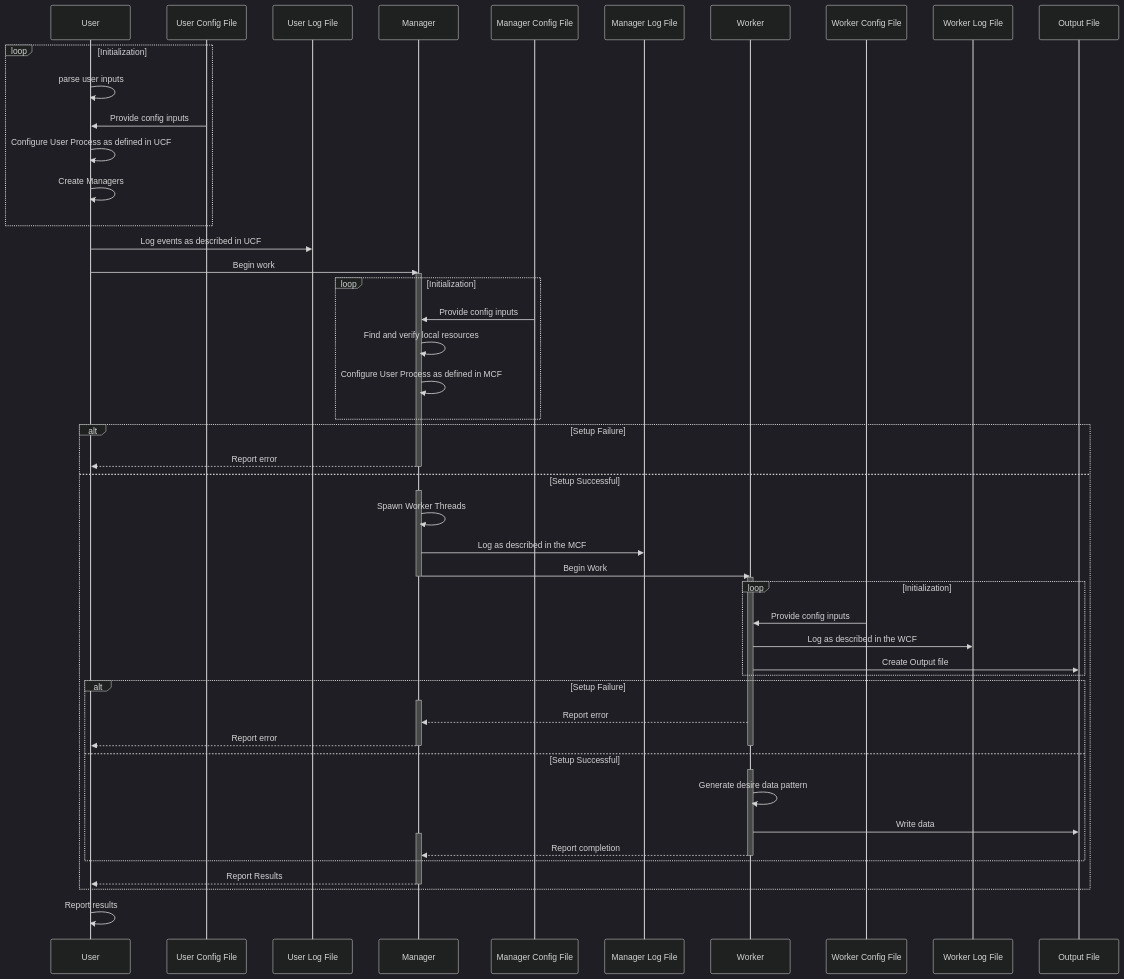
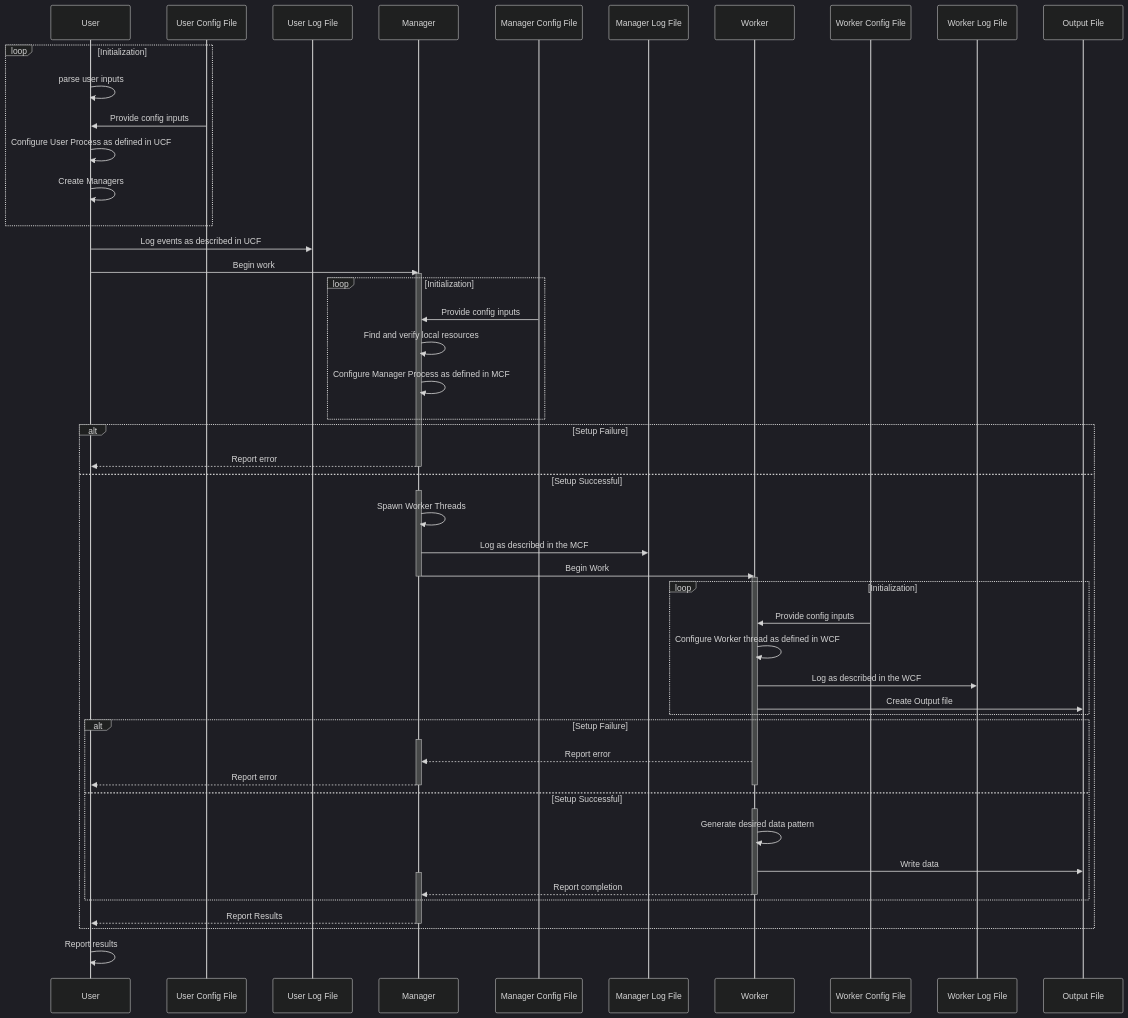
The diagram in SYSTEM_DESIGN.md (sBuiltaJr/wordGen), drawn with Mermaid (dark theme) before and after one commit. The commit also changed 4 other files, not shown here.

````diff
--- a/SYSTEM_DESIGN.md
+++ b/SYSTEM_DESIGN.md
@@ -28,61 +28,62 @@
 ```mermaid
 sequenceDiagram
     participant U as User
     participant UCF as User Config File
     participant ULF as User Log File
     participant M as Manager
     participant MCF as Manager Config File
     participant MLF as Manager Log File
     participant W as Worker
     participant WCF as Worker Config File
     participant WLF as Worker Log File
     participant OF as Output File
 
     loop Initialization
         U->>U: parse user inputs
         UCF->>U: Provide config inputs
         U->>U: Configure User Process as defined in UCF
         U->>U: Create Managers
     end
     U->>ULF: Log events as described in UCF
     U->>M: Begin work
     activate M
     loop Initialization
         MCF->>M: Provide config inputs
         M->>M: Find and verify local resources
-        M->>M: Configure User Process as defined in MCF
+        M->>M: Configure Manager Process as defined in MCF
     end
     alt Setup Failure
         M-->>U: Report error
         deactivate M
     else Setup Successful
         activate M
         M->>M: Spawn Worker Threads
         M->>MLF: Log as described in the MCF
         M->>W: Begin Work
         deactivate M
         activate W
         loop Initialization
             WCF->>W: Provide config inputs
+            W->>W: Configure Worker thread as defined in WCF
             W->>WLF: Log as described in the WCF
             W->>OF: Create Output file
         end
         alt Setup Failure
             activate M
             W-->>M: Report error
             M-->>U: Report error
             deactivate W
             deactivate M
         else Setup Successful
             activate W
-            W->>W: Generate desire data pattern
+            W->>W: Generate desired data pattern
             W->>OF: Write data
             activate M
             W-->>M: Report completion
             deactivate W
         end
         M-->>U: Report Results
         deactivate M
     end
     U->>U: Report results
 ```
````
